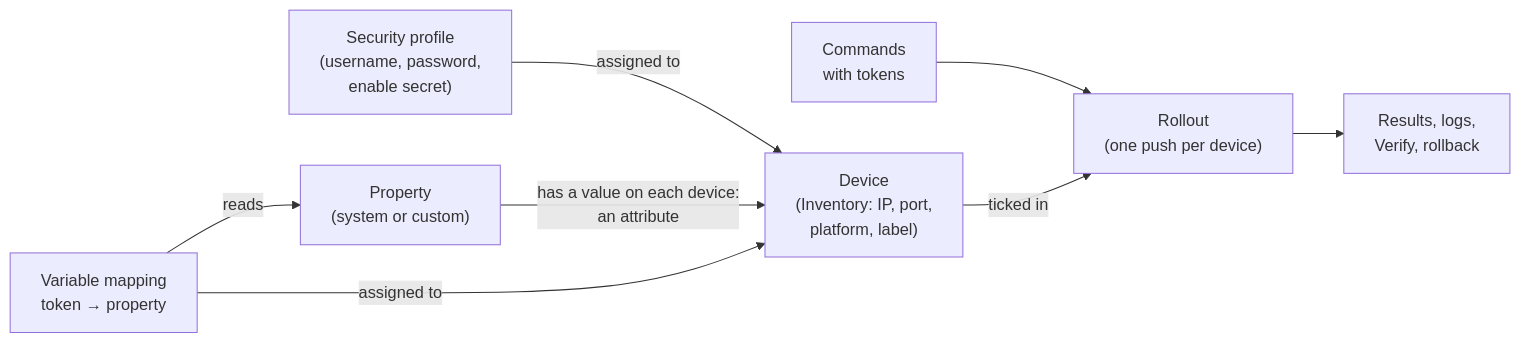
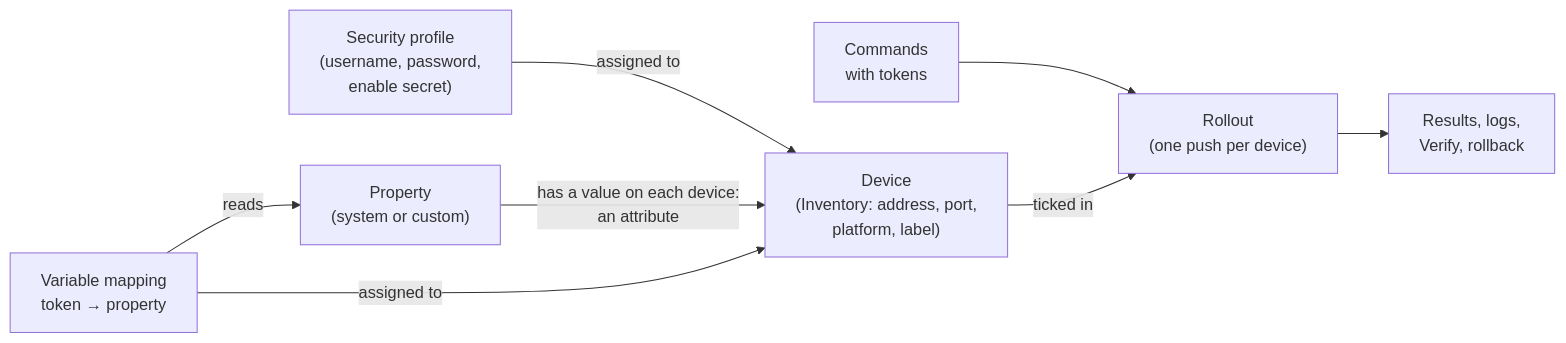
One commit to itamar14-byte/NetRollout changed the diagram in docs/user-guide.md. Above: the diagram before and after it, drawn with Mermaid. The commit also changed other lines of this file and 3 other files, not shown here.

First line of the commit message:
Docs and pages: a device's address is an IP or a hostname everywhere

````diff
--- a/docs/user-guide.md
+++ b/docs/user-guide.md
@@ -27,10 +27,10 @@
 ```mermaid
 flowchart LR
-    profile["Security profile<br/>(username, password,<br/>enable secret)"] -->|"assigned to"| device["Device<br/>(Inventory: IP, port,<br/>platform, label)"]
+    profile["Security profile<br/>(username, password,<br/>enable secret)"] -->|"assigned to"| device["Device<br/>(Inventory: address, port,<br/>platform, label)"]
     property["Property<br/>(system or custom)"] -->|"has a value on each device:<br/>an attribute"| device
     mapping["Variable mapping<br/>token → property"] -->|"reads"| property
     mapping -->|"assigned to"| device
     commands["Commands<br/>with tokens"] --> rollout
     device -->|"ticked in"| rollout["Rollout<br/>(one push per device)"]
     rollout --> results["Results, logs,<br/>Verify, rollback"]
 ```
````
